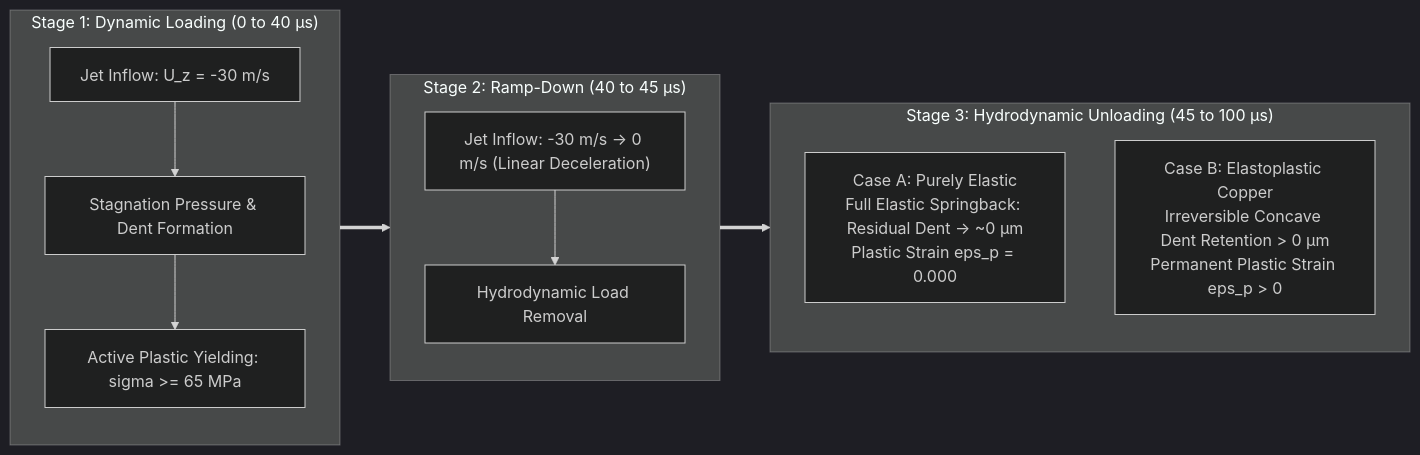
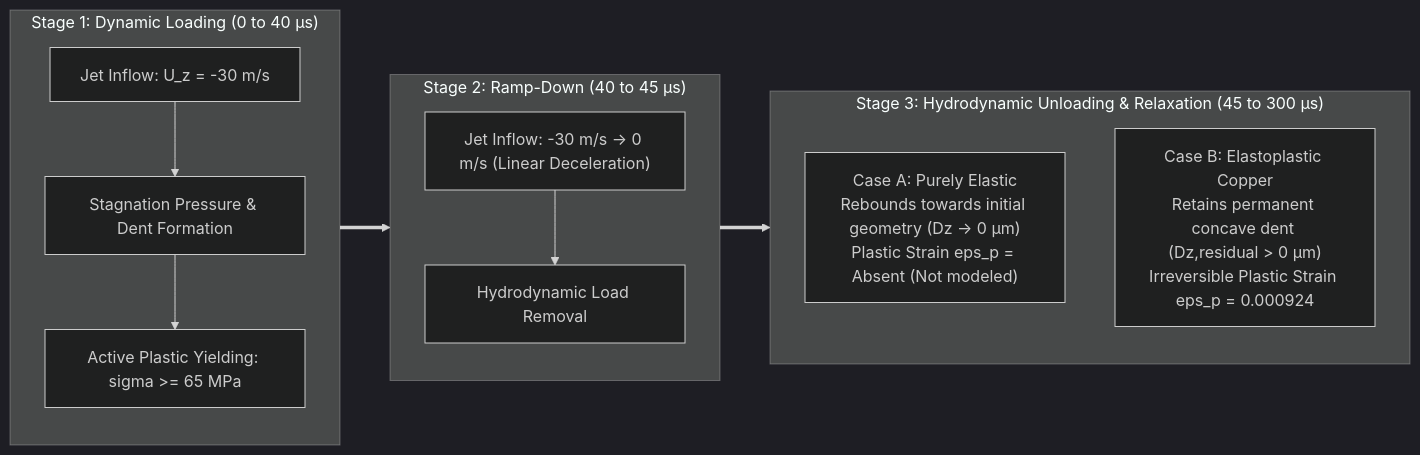
The diagram in docs/validation.md (chinmay-s-patil/waterJet), drawn with Mermaid (dark theme) before and after one commit. The commit also changed other lines of this file and 3 other files, not shown here.

Commit message:
benchmarks: configure 300 us dynamic unloading relaxation run and enhance comparison diagnostics

````diff
--- a/docs/validation.md
+++ b/docs/validation.md
@@ -72,25 +72,25 @@
 ```mermaid
 flowchart LR
     subgraph Stage1["Stage 1: Dynamic Loading (0 to 40 µs)"]
         direction TB
         L1["Jet Inflow: U_z = -30 m/s"]
         L2["Stagnation Pressure & Dent Formation"]
         L3["Active Plastic Yielding: sigma >= 65 MPa"]
         L1 --> L2 --> L3
     end
 
     subgraph Stage2["Stage 2: Ramp-Down (40 to 45 µs)"]
         direction TB
         R1["Jet Inflow: -30 m/s -> 0 m/s (Linear Deceleration)"]
         R2["Hydrodynamic Load Removal"]
         R1 --> R2
     end
 
-    subgraph Stage3["Stage 3: Hydrodynamic Unloading (45 to 100 µs)"]
+    subgraph Stage3["Stage 3: Hydrodynamic Unloading & Relaxation (45 to 300 µs)"]
         direction TB
-        CaseA["Case A: Purely Elastic<br/>Full Elastic Springback: Residual Dent -> ~0 µm<br/>Plastic Strain eps_p = 0.000"]
-        CaseB["Case B: Elastoplastic Copper<br/>Irreversible Concave Dent Retention > 0 µm<br/>Permanent Plastic Strain eps_p > 0"]
+        CaseA["Case A: Purely Elastic<br/>Rebounds towards initial geometry (Dz -> 0 µm)<br/>Plastic Strain eps_p = Absent (Not modeled)"]
+        CaseB["Case B: Elastoplastic Copper<br/>Retains permanent concave dent (Dz,residual > 0 µm)<br/>Irreversible Plastic Strain eps_p = 0.000924"]
     end
 
     Stage1 ==> Stage2 ==> Stage3
 ```
````
